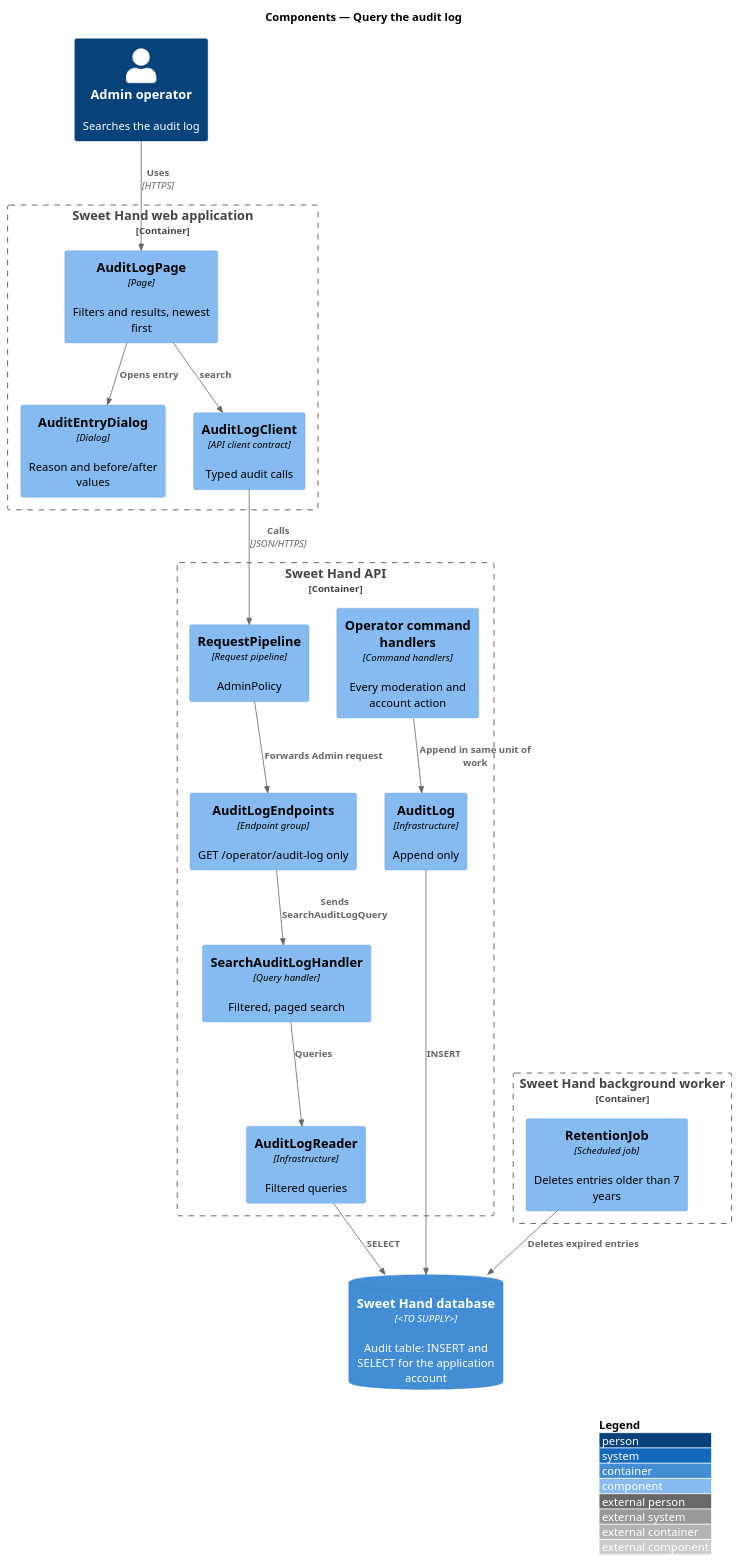
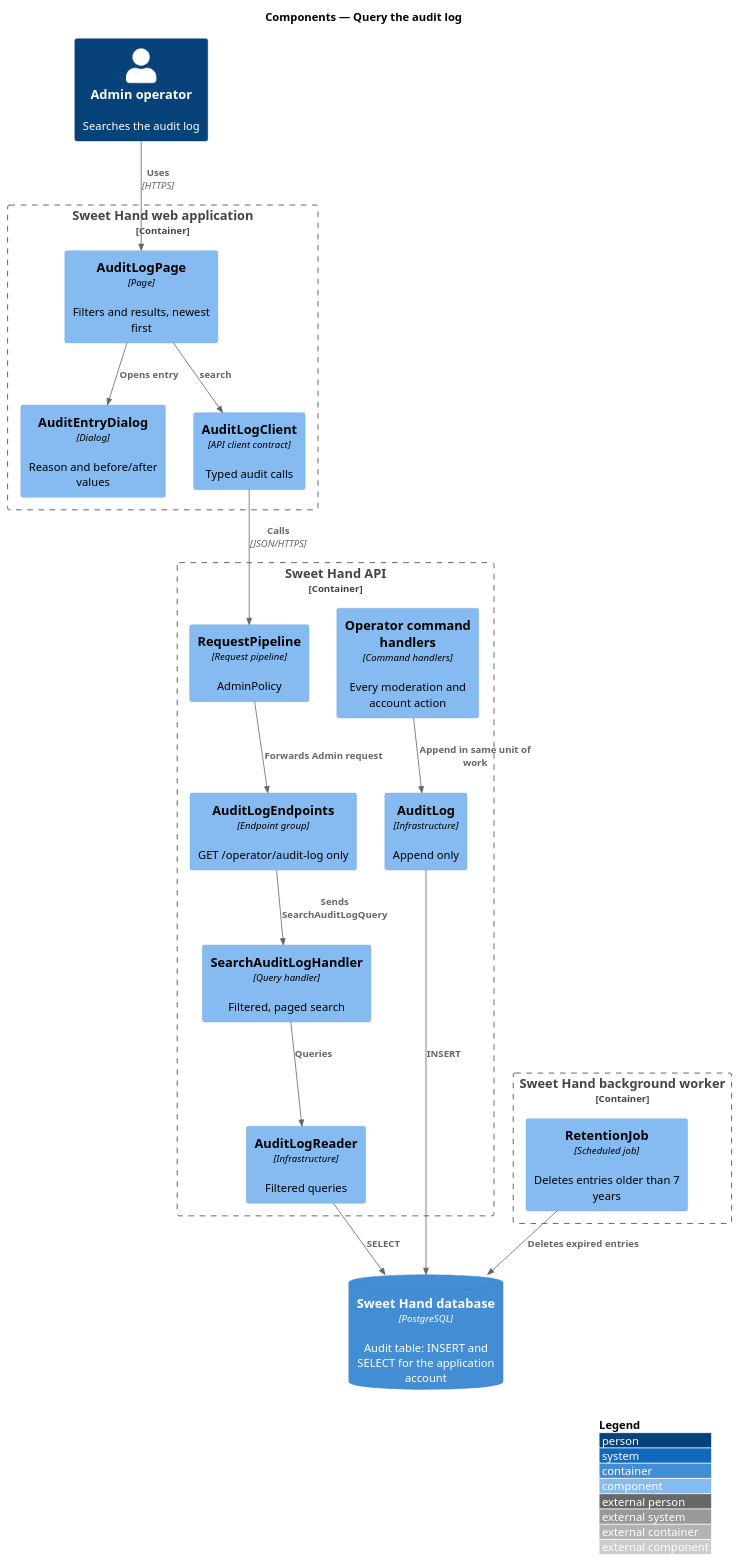
Before and after one commit to QuinntyneBrown/sweet-hand: the diagram in docs/detailed-designs/moderation/query-audit-log/diagrams/c4-component.puml, drawn with PlantUML. The commit also changed 44 other files, not shown here.

```diff
--- a/docs/detailed-designs/moderation/query-audit-log/diagrams/c4-component.puml
+++ b/docs/detailed-designs/moderation/query-audit-log/diagrams/c4-component.puml
@@ -1,36 +1,36 @@
 @startuml
 !include <C4/C4_Component>
 LAYOUT_WITH_LEGEND()
 title Components — Query the audit log
 
 Person(admin, "Admin operator", "Searches the audit log")
 Container_Boundary(web, "Sweet Hand web application") {
   Component(page, "AuditLogPage", "Page", "Filters and results, newest first")
   Component(dialog, "AuditEntryDialog", "Dialog", "Reason and before/after values")
   Component(client, "AuditLogClient", "API client contract", "Typed audit calls")
 }
 Container_Boundary(api, "Sweet Hand API") {
   Component(pipeline, "RequestPipeline", "Request pipeline", "AdminPolicy")
   Component(endpoints, "AuditLogEndpoints", "Endpoint group", "GET /operator/audit-log only")
   Component(searchH, "SearchAuditLogHandler", "Query handler", "Filtered, paged search")
   Component(opHandlers, "Operator command handlers", "Command handlers", "Every moderation and account action")
   Component(writer, "AuditLog", "Infrastructure", "Append only")
   Component(reader, "AuditLogReader", "Infrastructure", "Filtered queries")
 }
 Container_Boundary(worker, "Sweet Hand background worker") {
   Component(retention, "RetentionJob", "Scheduled job", "Deletes entries older than 7 years")
 }
-ContainerDb(db, "Sweet Hand database", "<TO SUPPLY>", "Audit table: INSERT and SELECT for the application account")
+ContainerDb(db, "Sweet Hand database", "PostgreSQL", "Audit table: INSERT and SELECT for the application account")
 
 Rel(admin, page, "Uses", "HTTPS")
 Rel(page, dialog, "Opens entry")
 Rel(page, client, "search")
 Rel(client, pipeline, "Calls", "JSON/HTTPS")
 Rel(pipeline, endpoints, "Forwards Admin request")
 Rel(endpoints, searchH, "Sends SearchAuditLogQuery")
 Rel(searchH, reader, "Queries")
 Rel(opHandlers, writer, "Append in same unit of work")
 Rel(writer, db, "INSERT")
 Rel(reader, db, "SELECT")
 Rel(retention, db, "Deletes expired entries")
 @enduml
```
